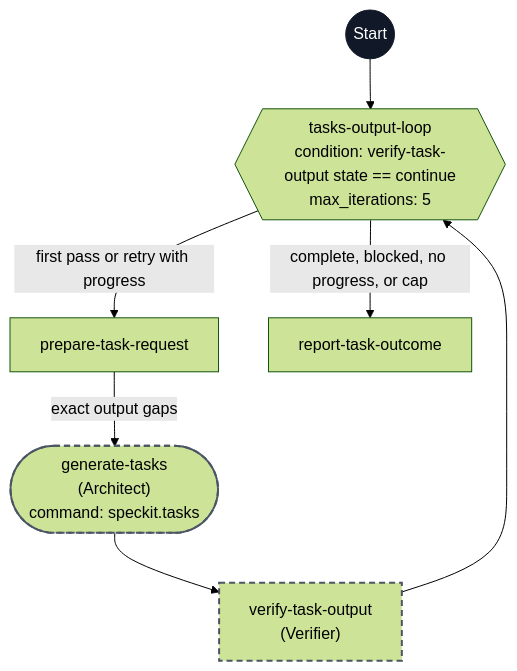
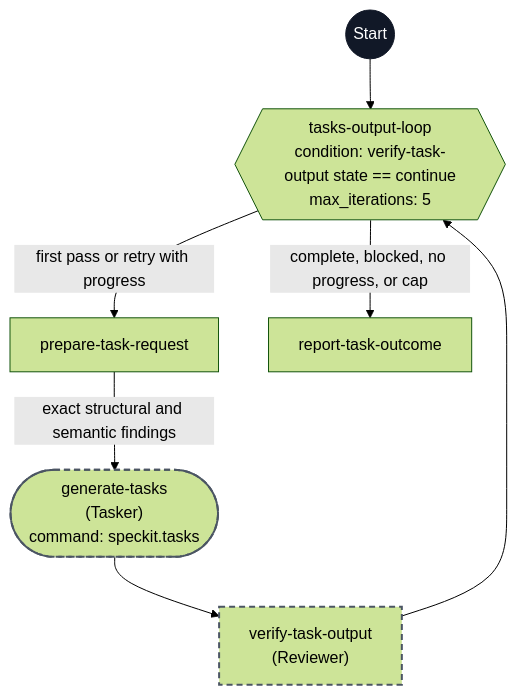
The diagram in workflows/speckit-flow-tasks/flowchart.md (pegagio/spec-kit-flow), drawn with Mermaid (forest theme) before and after one commit. The commit also changed 85 other files, not shown here.

Commit message:
Checkpoint flow-kit workflows

````diff
--- a/workflows/speckit-flow-tasks/flowchart.md
+++ b/workflows/speckit-flow-tasks/flowchart.md
@@ -7,19 +7,19 @@
 ```mermaid
 flowchart TD
     start((Start))
     loop{{"tasks-output-loop<br/>condition: verify-task-output state == continue<br/>max_iterations: 5"}}
     prepare["prepare-task-request"]
-    generate(["generate-tasks<br/>(Architect)<br/>command: speckit.tasks"])
-    verify["verify-task-output<br/>(Verifier)"]
+    generate(["generate-tasks<br/>(Tasker)<br/>command: speckit.tasks"])
+    verify["verify-task-output<br/>(Reviewer)"]
     report["report-task-outcome"]
 
     start --> loop
     loop -- first pass or retry with progress --> prepare
-    prepare -- exact output gaps --> generate
+    prepare -- exact structural and semantic findings --> generate
     generate --> verify --> loop
     loop -- complete, blocked, no progress, or cap --> report
 
     classDef delegated stroke:#4b5563,stroke-width:2px,stroke-dasharray:6 4
     class generate,verify delegated
     style start fill:#111827,stroke:#111827,color:#ffffff
 ```
````
